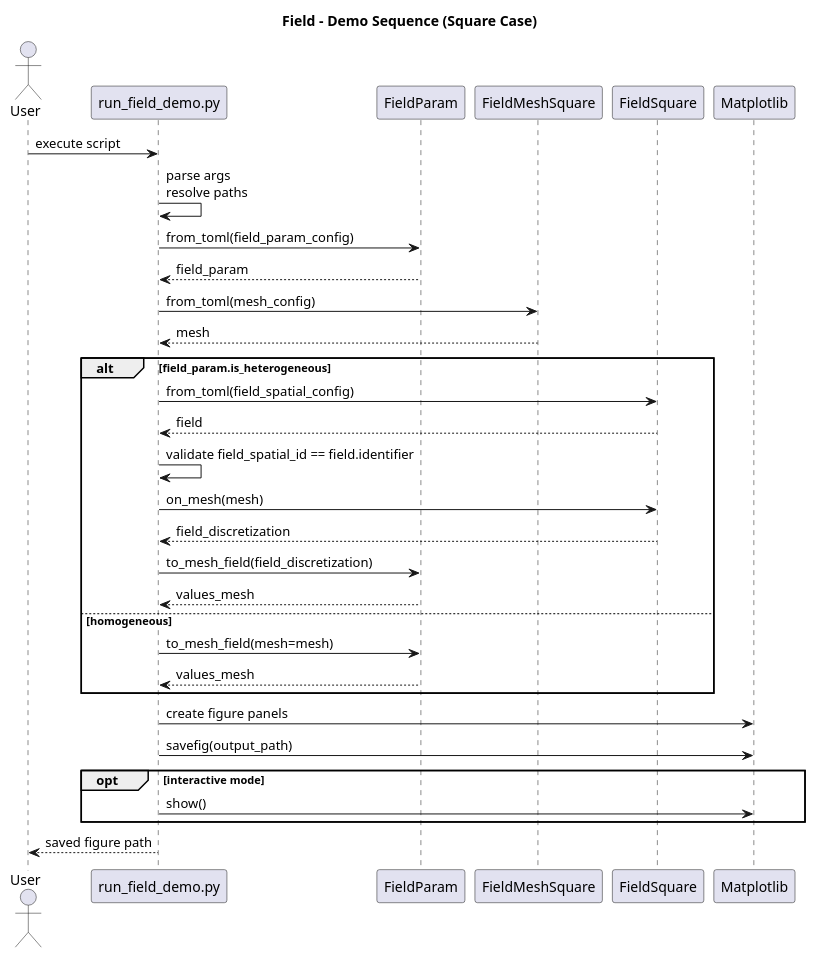
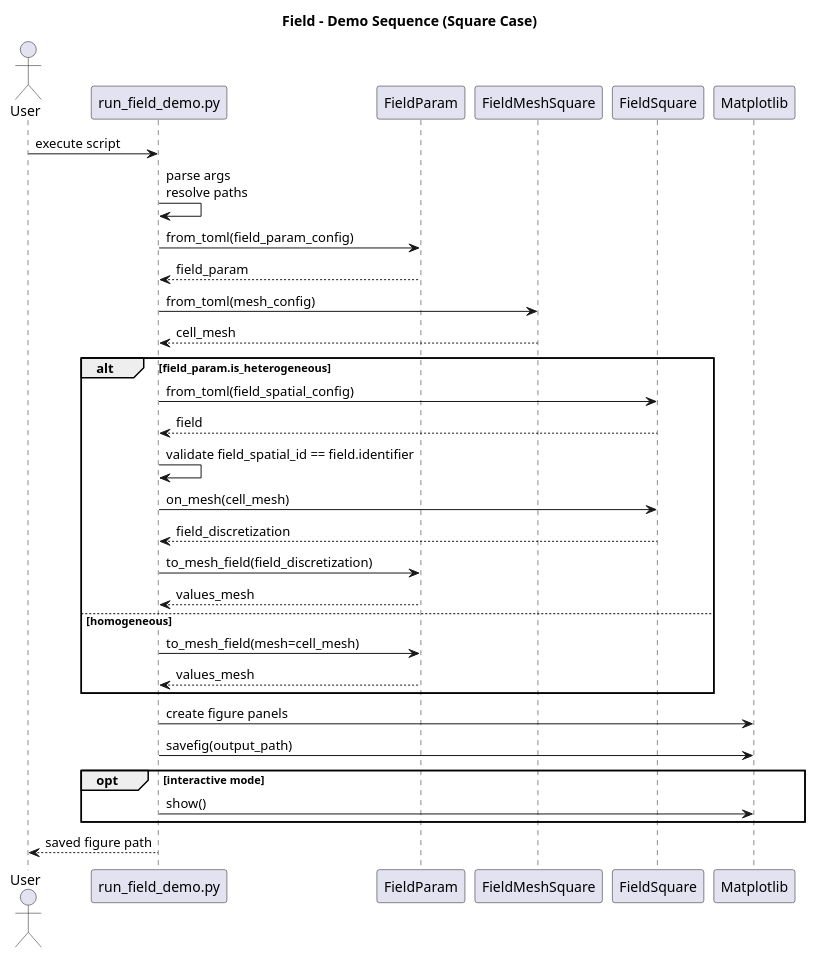
Before and after one commit to HydroModPy/HydroModPy: the diagram in docs/source/contribute/architecture/field/diagrams/field_sequence.wsd, drawn with PlantUML. The commit also changed 302 other files, not shown here.

```diff
--- a/docs/source/contribute/architecture/field/diagrams/field_sequence.wsd
+++ b/docs/source/contribute/architecture/field/diagrams/field_sequence.wsd
@@ -1,40 +1,40 @@
 @startuml
 title Field - Demo Sequence (Square Case)
 
 actor User
 participant "run_field_demo.py" as Runner
 participant "FieldParam" as Param
 participant "FieldMeshSquare" as MeshFactory
 participant "FieldSquare" as SpatialField
 participant "Matplotlib" as Plot
 
 User -> Runner: execute script
 Runner -> Runner: parse args\nresolve paths
 
 Runner -> Param: from_toml(field_param_config)
 Param --> Runner: field_param
 
 Runner -> MeshFactory: from_toml(mesh_config)
-MeshFactory --> Runner: mesh
+MeshFactory --> Runner: cell_mesh
 
 alt field_param.is_heterogeneous
   Runner -> SpatialField: from_toml(field_spatial_config)
   SpatialField --> Runner: field
   Runner -> Runner: validate field_spatial_id == field.identifier
-  Runner -> SpatialField: on_mesh(mesh)
+  Runner -> SpatialField: on_mesh(cell_mesh)
   SpatialField --> Runner: field_discretization
   Runner -> Param: to_mesh_field(field_discretization)
   Param --> Runner: values_mesh
 else homogeneous
-  Runner -> Param: to_mesh_field(mesh=mesh)
+  Runner -> Param: to_mesh_field(mesh=cell_mesh)
   Param --> Runner: values_mesh
 end
 
 Runner -> Plot: create figure panels
 Runner -> Plot: savefig(output_path)
 opt interactive mode
   Runner -> Plot: show()
 end
 
 Runner --> User: saved figure path
 @enduml
```
